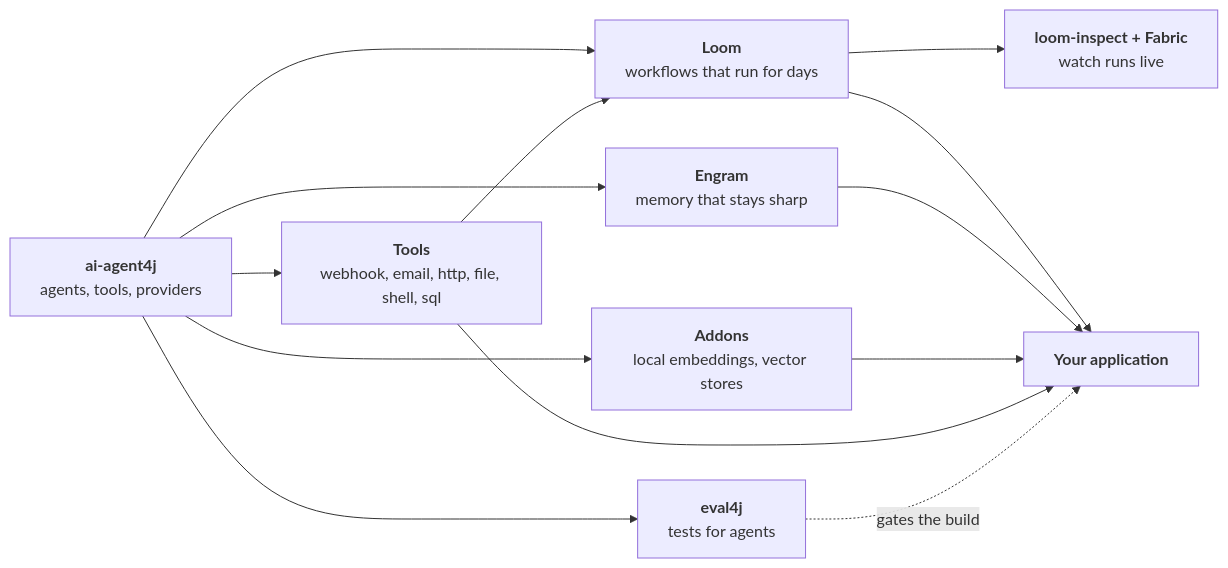
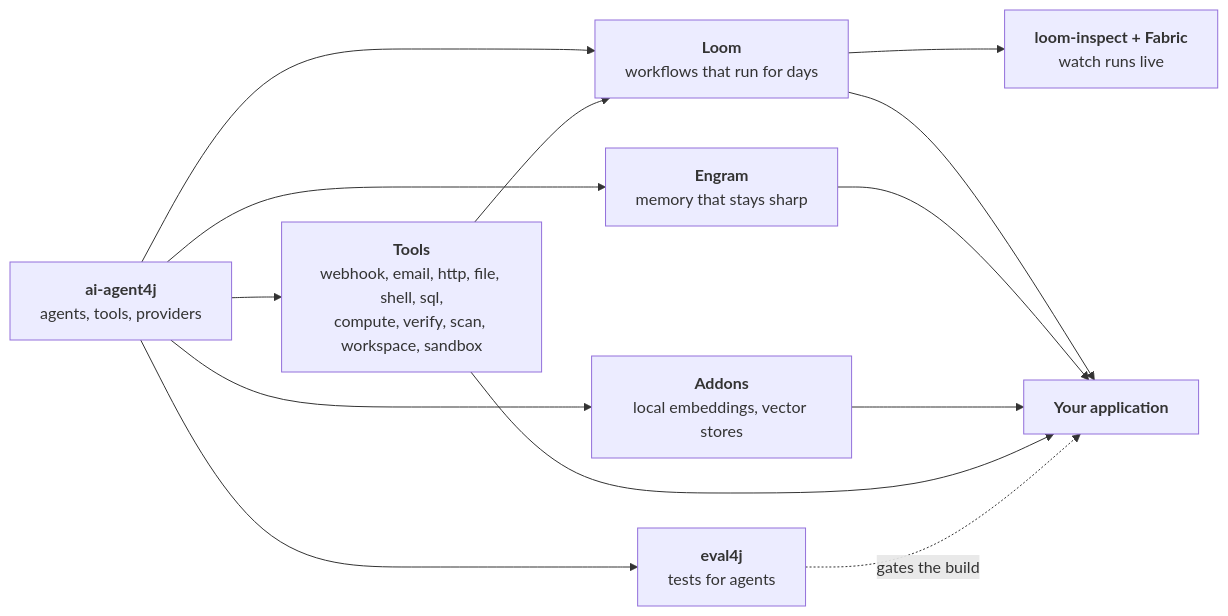
The diagram in docs/THE_STACK.md (srijithunni7182/llm4j), drawn with Mermaid before and after one commit. The commit also changed other lines of this file and 41 other files, not shown here.

````diff
--- a/docs/THE_STACK.md
+++ b/docs/THE_STACK.md
@@ -10,15 +10,15 @@
 ```mermaid
 flowchart LR
     A["<b>ai-agent4j</b><br/>agents, tools, providers"] --> L["<b>Loom</b><br/>workflows that run for days"]
     A --> E["<b>Engram</b><br/>memory that stays sharp"]
     A --> X["<b>Addons</b><br/>local embeddings, vector stores"]
-    A --> T["<b>Tools</b><br/>webhook, email, http, file, shell, sql"]
+    A --> T["<b>Tools</b><br/>webhook, email, http, file, shell, sql,<br/>compute, verify, scan, workspace, sandbox"]
     A --> V["<b>eval4j</b><br/>tests for agents"]
     L --> I["<b>loom-inspect + Fabric</b><br/>watch runs live"]
     L --> G["<b>Your application</b>"]
     E --> G
     X --> G
     T --> G
     T --> L
     V -.->|gates the build| G
 ```
````
